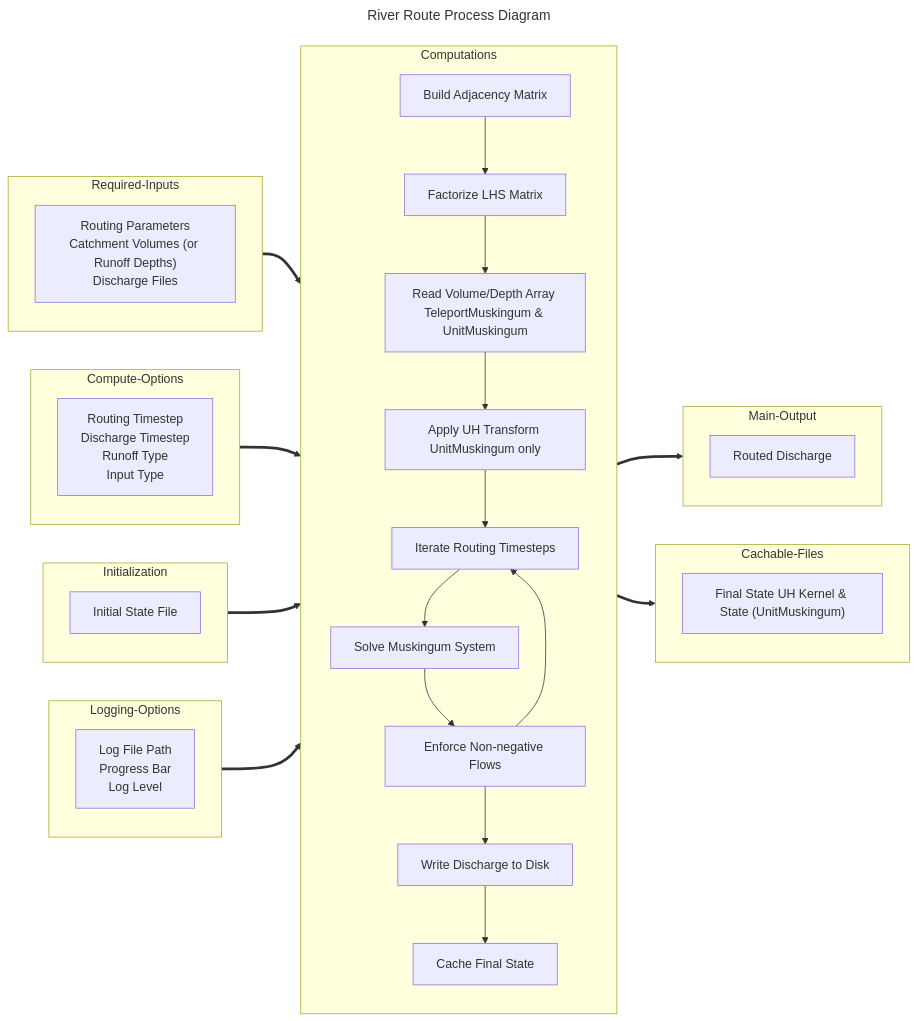
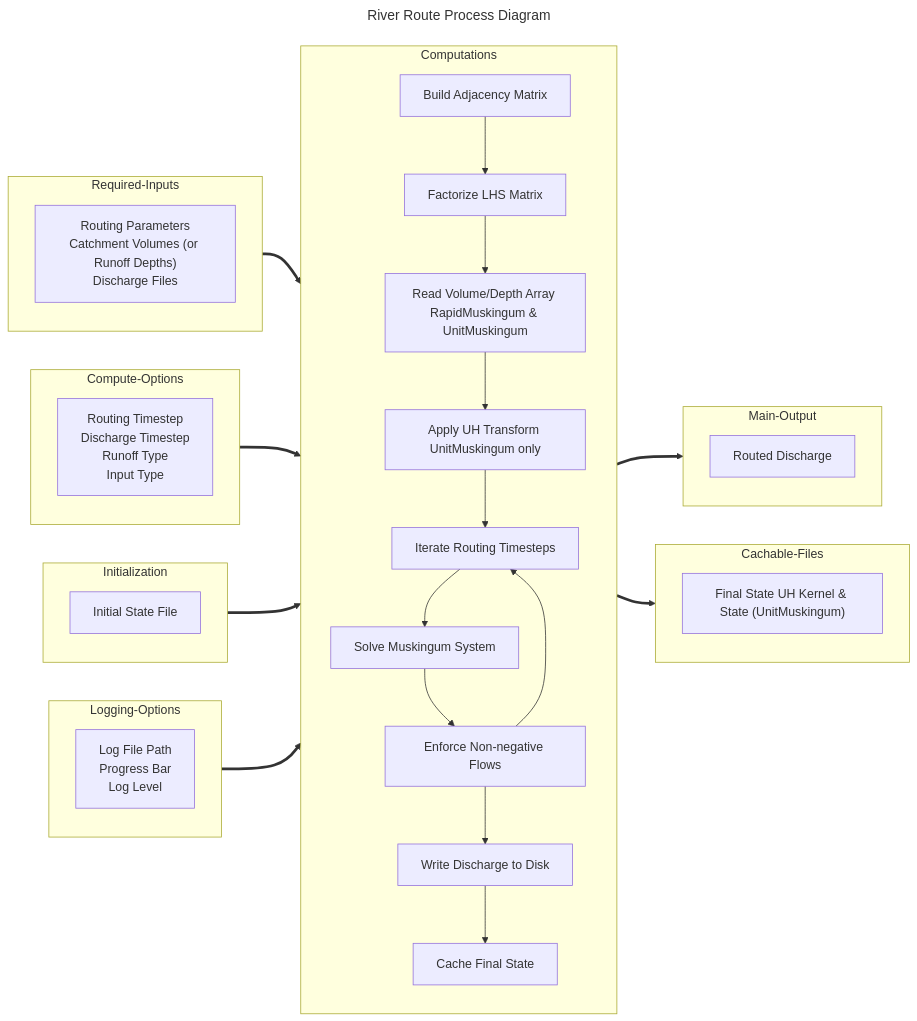
The first of 3 diagrams in docs/index.md (rileyhales/river-route), drawn with Mermaid before and after one commit. The commit also changed other lines of this file and 16 other files, not shown here.

Commit message:
rename to rapid muskingum

````diff
--- a/docs/index.md
+++ b/docs/index.md
@@ -40,45 +40,45 @@
 ```mermaid
 ---
 title: River Route Process Diagram
 ---
 graph LR
     subgraph "Required-Inputs"
         Inputs["Routing Parameters\nCatchment Volumes (or Runoff Depths)\nDischarge Files"]
     end
 
     subgraph "Compute-Options"
         co1["Routing Timestep\nDischarge Timestep\nRunoff Type\nInput Type"]
     end
 
     subgraph "Initialization"
         i1["Initial State File"]
     end
 
     subgraph "Logging-Options"
         management["Log File Path\nProgress Bar\nLog Level"]
     end
 
     subgraph "Computations"
     direction TB
     a[Build Adjacency Matrix] --> b
     b[Factorize LHS Matrix] --> c
-    c[Read Volume/Depth Array TeleportMuskingum & UnitMuskingum] --> d
+    c[Read Volume/Depth Array RapidMuskingum & UnitMuskingum] --> d
     d[Apply UH Transform UnitMuskingum only] --> e
     e[Iterate Routing Timesteps] --> f
     f[Solve Muskingum System] --> g
     g[Enforce Non-negative Flows] --> h & e
     h[Write Discharge to Disk] --> i
     i[Cache Final State]
     end
 
     subgraph "Main-Output"
     Result[Routed Discharge]
     end
 
     subgraph "Cachable-Files"
     CachedFiles["Final State UH Kernel & State (UnitMuskingum)"]
     end
 
     Required-Inputs & Compute-Options & Initialization & Logging-Options ==> Computations
     Computations ==> Main-Output & Cachable-Files
 ```
````
